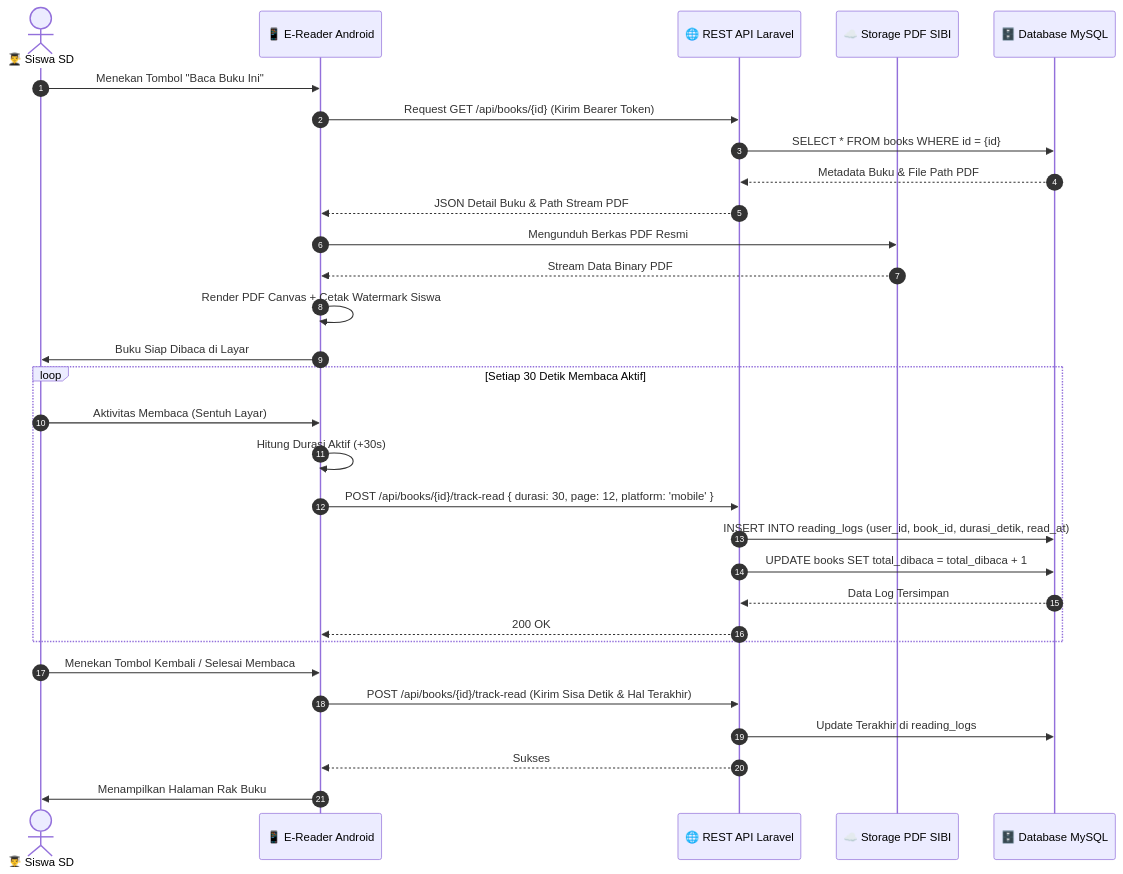
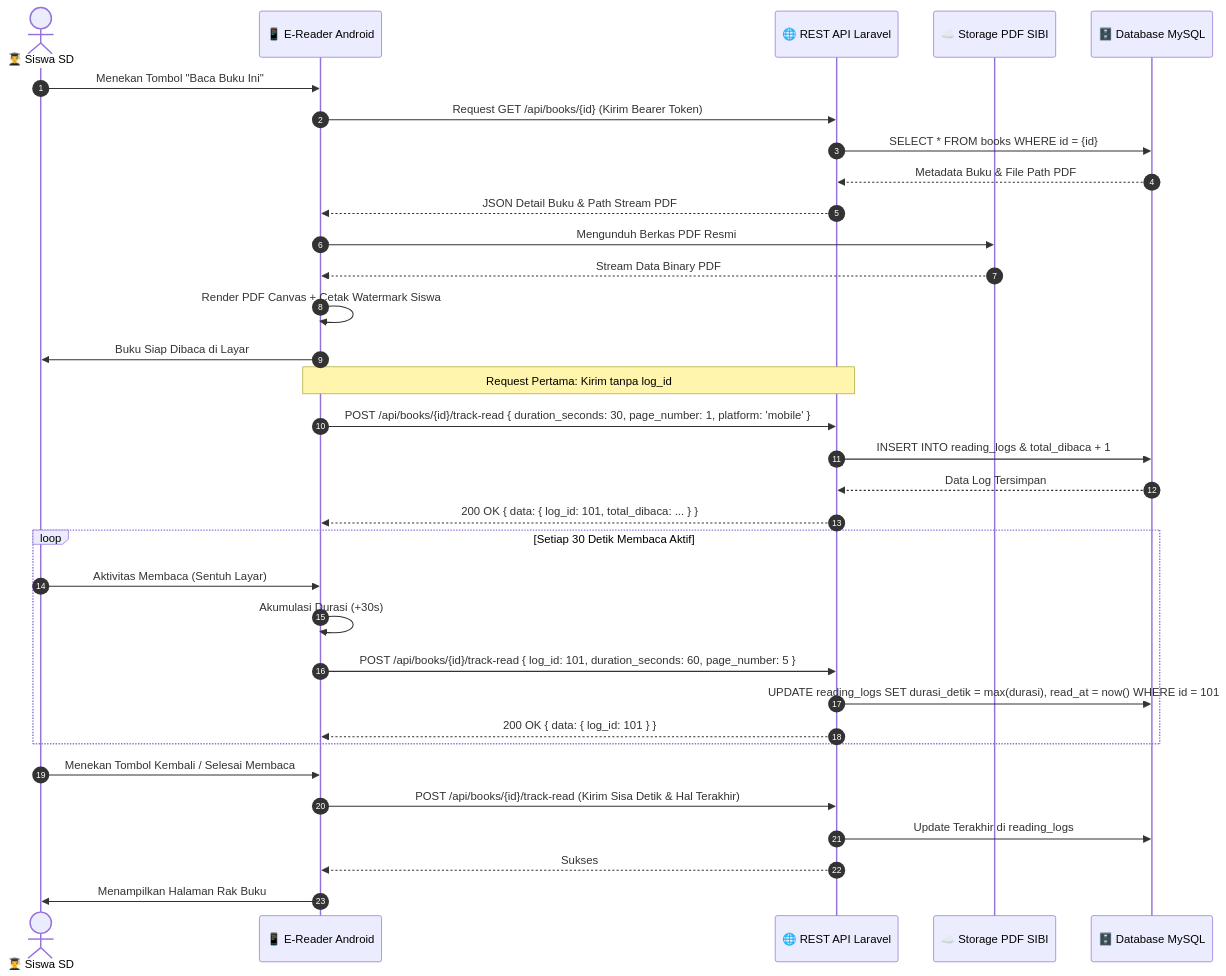
The seventh of 11 diagrams in docs/mobile/ReadmeAlurSistem.md (ItzFahriKunz/digilibrary-backend), drawn with Mermaid before and after one commit. The commit also changed 2 other files, not shown here.

Commit message:
fix(api): support dual field naming (durasi_detik & duration_seconds) for track-read endpoint and update mobile docs

````diff
--- a/docs/mobile/ReadmeAlurSistem.md
+++ b/docs/mobile/ReadmeAlurSistem.md
@@ -414,35 +414,39 @@
 ```mermaid
 sequenceDiagram
     autonumber
     actor Siswa as 👨‍🎓 Siswa SD
     participant App as 📱 E-Reader Android
     participant Backend as 🌐 REST API Laravel
     participant Storage as ☁️ Storage PDF SIBI
     participant DB as 🗄️ Database MySQL
 
     Siswa->>App: Menekan Tombol "Baca Buku Ini"
     App->>Backend: Request GET /api/books/{id} (Kirim Bearer Token)
     Backend->>DB: SELECT * FROM books WHERE id = {id}
     DB-->>Backend: Metadata Buku & File Path PDF
     Backend-->>App: JSON Detail Buku & Path Stream PDF
     App->>Storage: Mengunduh Berkas PDF Resmi
     Storage-->>App: Stream Data Binary PDF
     App->>App: Render PDF Canvas + Cetak Watermark Siswa
     App->>Siswa: Buku Siap Dibaca di Layar
 
+    Note over App,Backend: Request Pertama: Kirim tanpa log_id
+    App->>Backend: POST /api/books/{id}/track-read { duration_seconds: 30, page_number: 1, platform: 'mobile' }
+    Backend->>DB: INSERT INTO reading_logs & total_dibaca + 1
+    DB-->>Backend: Data Log Tersimpan
+    Backend-->>App: 200 OK { data: { log_id: 101, total_dibaca: ... } }
+
     loop Setiap 30 Detik Membaca Aktif
         Siswa->>App: Aktivitas Membaca (Sentuh Layar)
-        App->>App: Hitung Durasi Aktif (+30s)
-        App->>Backend: POST /api/books/{id}/track-read { durasi: 30, page: 12, platform: 'mobile' }
-        Backend->>DB: INSERT INTO reading_logs (user_id, book_id, durasi_detik, read_at)
-        Backend->>DB: UPDATE books SET total_dibaca = total_dibaca + 1
-        DB-->>Backend: Data Log Tersimpan
-        Backend-->>App: 200 OK
+        App->>App: Akumulasi Durasi (+30s)
+        App->>Backend: POST /api/books/{id}/track-read { log_id: 101, duration_seconds: 60, page_number: 5 }
+        Backend->>DB: UPDATE reading_logs SET durasi_detik = max(durasi), read_at = now() WHERE id = 101
+        Backend-->>App: 200 OK { data: { log_id: 101 } }
     end
 
     Siswa->>App: Menekan Tombol Kembali / Selesai Membaca
     App->>Backend: POST /api/books/{id}/track-read (Kirim Sisa Detik & Hal Terakhir)
     Backend->>DB: Update Terakhir di reading_logs
     Backend-->>App: Sukses
     App->>Siswa: Menampilkan Halaman Rak Buku
 ```
````
